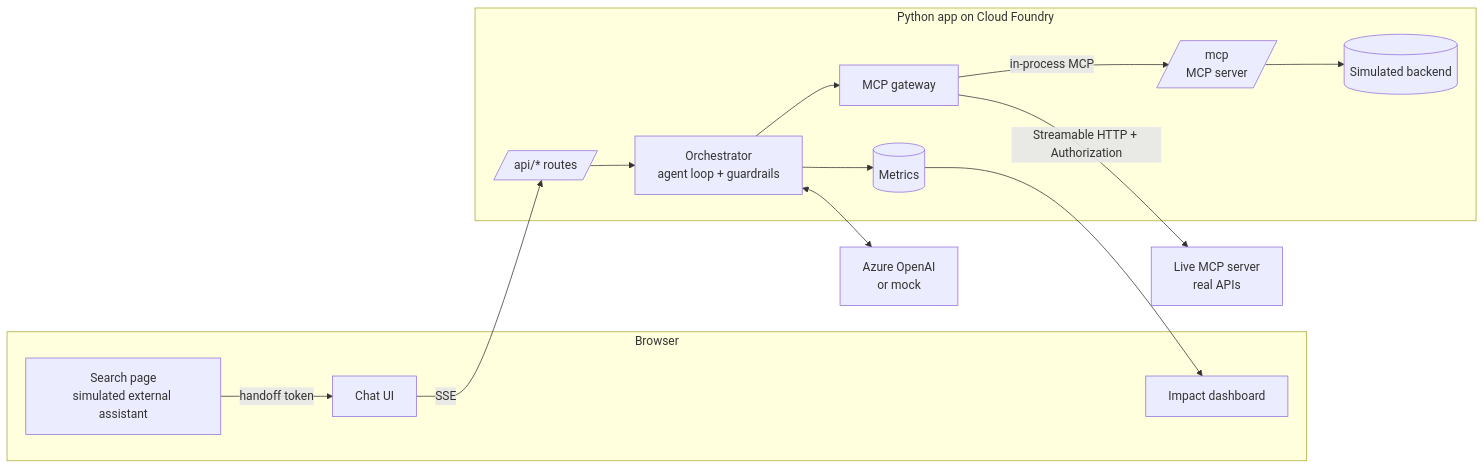
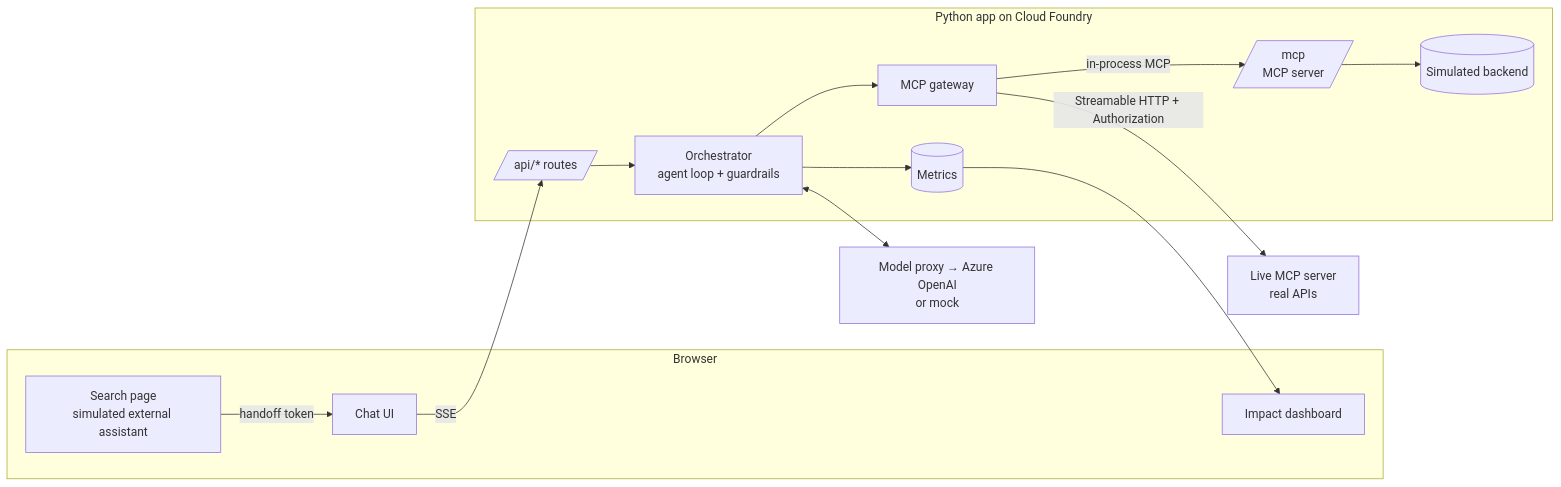
Before and after one commit to teja1989/sales-assistant: the diagram in docs/architecture.md, drawn with Mermaid. The commit also changed other lines of this file and 35 other files, not shown here.

````diff
--- a/docs/architecture.md
+++ b/docs/architecture.md
@@ -5,26 +5,26 @@
 ```mermaid
 flowchart LR
   subgraph Browser
     S[Search page<br/>simulated external assistant]
     C[Chat UI]
     D[Impact dashboard]
   end
   subgraph App[Python app on Cloud Foundry]
     API[/api/* routes/]
     O[Orchestrator<br/>agent loop + guardrails]
     G[MCP gateway]
     M[(Metrics)]
     MCP[/mcp<br/>MCP server/]
     SIM[(Simulated backend)]
   end
-  LLM[Azure OpenAI<br/>or mock]
+  LLM[Model proxy → Azure OpenAI<br/>or mock]
   LIVE[Live MCP server<br/>real APIs]
 
   S -- handoff token --> C
   C -- SSE --> API --> O
   O <--> LLM
   O --> G
   G -- in-process MCP --> MCP --> SIM
   G -- Streamable HTTP + Authorization --> LIVE
   O --> M --> D
 ```
````
